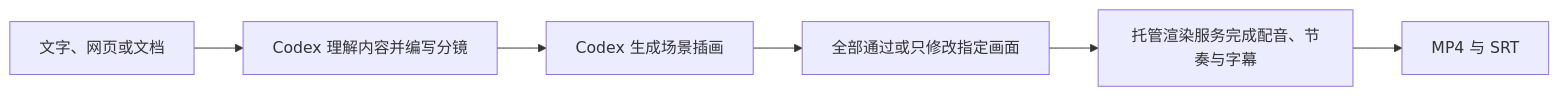
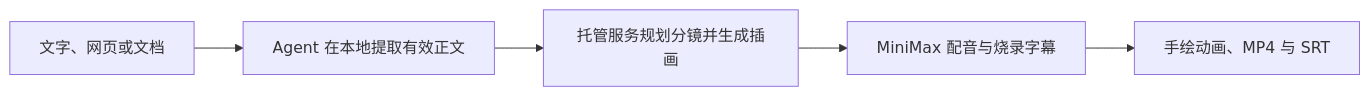
One commit to SpeedPainterOrg/explainer-video changed the diagram in docs/README.zh-CN.md. Above: the diagram before and after it, drawn with Mermaid. The commit also changed other lines of this file and 6 other files, not shown here.

````diff
--- a/docs/README.zh-CN.md
+++ b/docs/README.zh-CN.md
@@ -81,8 +96,7 @@
 ```mermaid
 flowchart LR
-    A["文字、网页或文档"] --> B["Codex 理解内容并编写分镜"]
-    B --> C["Codex 生成场景插画"]
-    C --> R["全部通过或只修改指定画面"]
-    R --> D["托管渲染服务完成配音、节奏与字幕"]
-    D --> E["MP4 与 SRT"]
+    A["文字、网页或文档"] --> B["Agent 在本地提取有效正文"]
+    B --> C["托管服务规划分镜并生成插画"]
+    C --> D["MiniMax 配音与烧录字幕"]
+    D --> E["手绘动画、MP4 与 SRT"]
 ```
````
